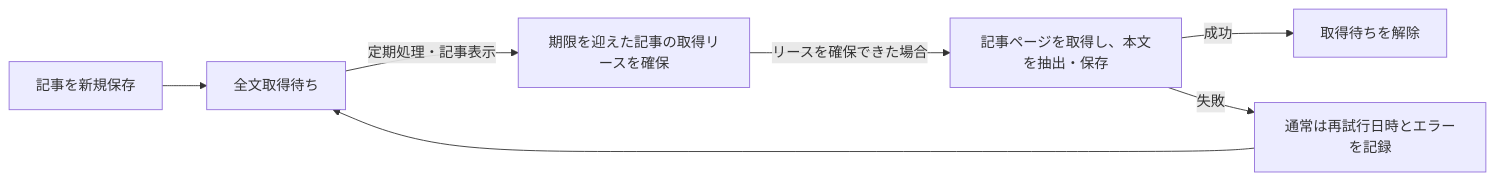
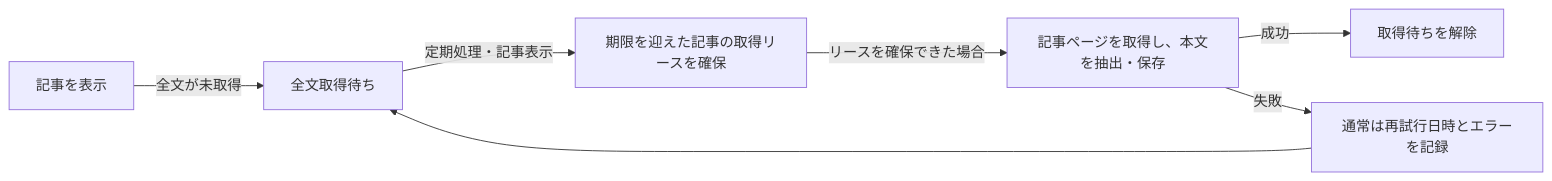
The second of 2 diagrams in docs/codebase-overview.md (otknoy/rss-reader), drawn with Mermaid before and after one commit. The commit also changed other lines of this file and 7 other files, not shown here.

````diff
--- a/docs/codebase-overview.md
+++ b/docs/codebase-overview.md
@@ -90,9 +90,9 @@
 ```mermaid
 flowchart LR
-    save["記事を新規保存"] --> pending["全文取得待ち"]
+    display["記事を表示"] -->|全文が未取得| pending["全文取得待ち"]
     pending -->|定期処理・記事表示| claim["期限を迎えた記事の取得リースを確保"]
     claim -->|リースを確保できた場合| extract["記事ページを取得し、本文を抽出・保存"]
     extract -->|成功| complete["取得待ちを解除"]
     extract -->|失敗| retry["通常は再試行日時とエラーを記録"]
     retry --> pending
 ```
````
